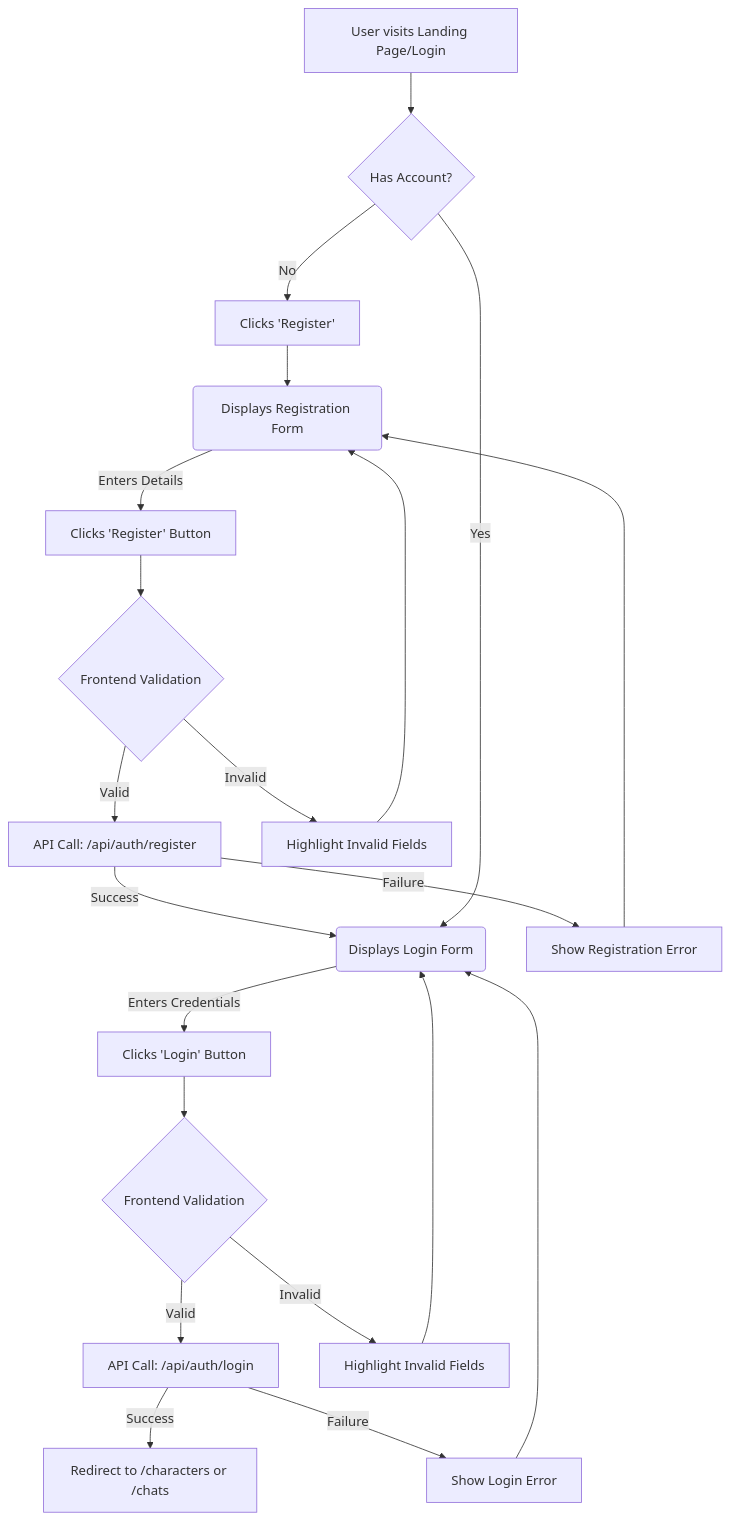
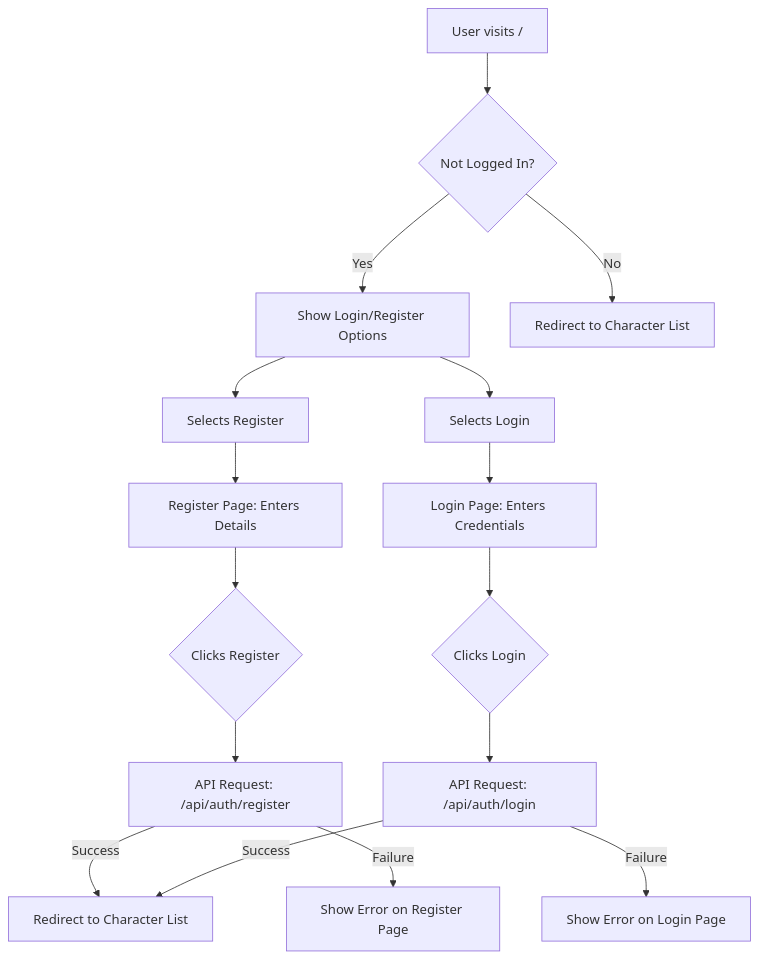
Before and after one commit to sanguinehost/scribe: the first of 4 diagrams in docs/UI_UX_SPECIFICATION.md, drawn with Mermaid. The commit also changed other lines of this file and 1 other file, not shown here.

````diff
--- a/docs/UI_UX_SPECIFICATION.md
+++ b/docs/UI_UX_SPECIFICATION.md
@@ -186,24 +220,18 @@
 ```mermaid
 graph TD
-    A[User visits Landing Page/Login] --> B{Has Account?};
-    B -- No --> REG1[Clicks 'Register'];
-    REG1 --> REG_FORM(Displays Registration Form);
-    REG_FORM -- Enters Details --> REG_SUBMIT[Clicks 'Register' Button];
-    REG_SUBMIT --> REG_VALID{Frontend Validation};
-    REG_VALID -- Valid --> REG_API[API Call: /api/auth/register];
-    REG_API -- Success --> LOGIN_FORM(Displays Login Form with message);
-    REG_API -- Failure --> REG_ERROR[Show Registration Error];
-    REG_ERROR --> REG_FORM;
-    REG_VALID -- Invalid --> REG_HIGHLIGHT[Highlight Invalid Fields];
-    REG_HIGHLIGHT --> REG_FORM;
-    
-    B -- Yes --> LOGIN_FORM(Displays Login Form);
-    LOGIN_FORM -- Enters Credentials --> LOGIN_SUBMIT[Clicks 'Login' Button];
-    LOGIN_SUBMIT --> LOGIN_VALID{Frontend Validation};
-    LOGIN_VALID -- Valid --> LOGIN_API[API Call: /api/auth/login];
-    LOGIN_API -- Success --> DASH[Redirect to /characters or /chats];
-    LOGIN_API -- Failure --> LOGIN_ERROR[Show Login Error];
-    LOGIN_ERROR --> LOGIN_FORM;
-    LOGIN_VALID -- Invalid --> LOGIN_HIGHLIGHT[Highlight Invalid Fields];
-    LOGIN_HIGHLIGHT --> LOGIN_FORM;
+    A["User visits /"] --> B{"Not Logged In?"};
+    B -- Yes --> C["Show Login/Register Options"];
+    C --> D["Selects Register"];
+    D --> E["Register Page: Enters Details"];
+    E --> F{"Clicks Register"};
+    F --> G["API Request: /api/auth/register"];
+    G -- Success --> H["Redirect to Character List"];
+    G -- Failure --> I["Show Error on Register Page"];
+    C --> J["Selects Login"];
+    J --> K["Login Page: Enters Credentials"];
+    K --> L{"Clicks Login"};
+    L --> M["API Request: /api/auth/login"];
+    M -- Success --> H;
+    M -- Failure --> N["Show Error on Login Page"];
+    B -- No --> O["Redirect to Character List"];
 ```
````
